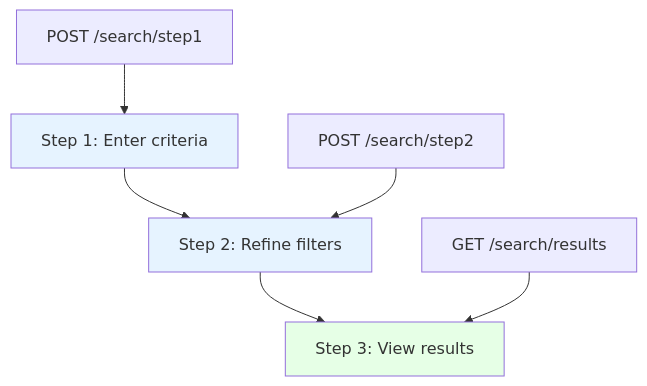
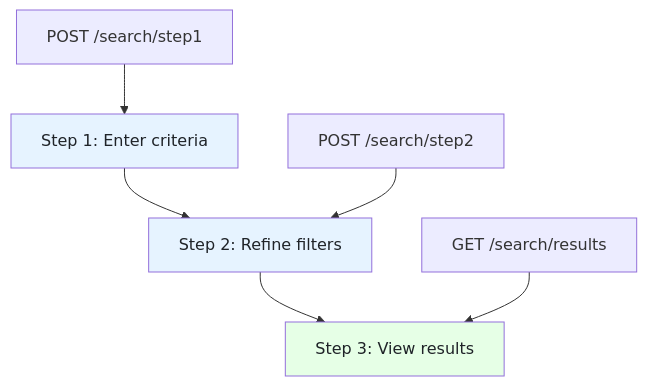
The third of 5 diagrams in _posts/2026-02-17-extracting-data-behind-forms-submitting-scraping-results.md (bytetunnels/bytetunnels.github.com), drawn with Mermaid before and after one commit. The commit also changed other lines of this file and 118 other files, not shown here.

Commit message:
feat: improve diagram styling and compact wide flowcharts

````diff
--- a/_posts/2026-02-17-extracting-data-behind-forms-submitting-scraping-results.md
+++ b/_posts/2026-02-17-extracting-data-behind-forms-submitting-scraping-results.md
@@ -320,13 +320,13 @@
 ```mermaid
 flowchart TD
     A["Step 1: Enter criteria"] --> B["Step 2: Refine filters"]
     B --> C["Step 3: View results"]
 
     A1["POST /search/step1"] --> A
     B1["POST /search/step2"] --> B
     C1["GET /search/results"] --> C
 
-    style A fill:#e6f3ff
-    style B fill:#e6f3ff
-    style C fill:#e6ffe6
+    style A fill:#e6f3ff,color:#1f2328
+    style B fill:#e6f3ff,color:#1f2328
+    style C fill:#e6ffe6,color:#1f2328
 ```
````
